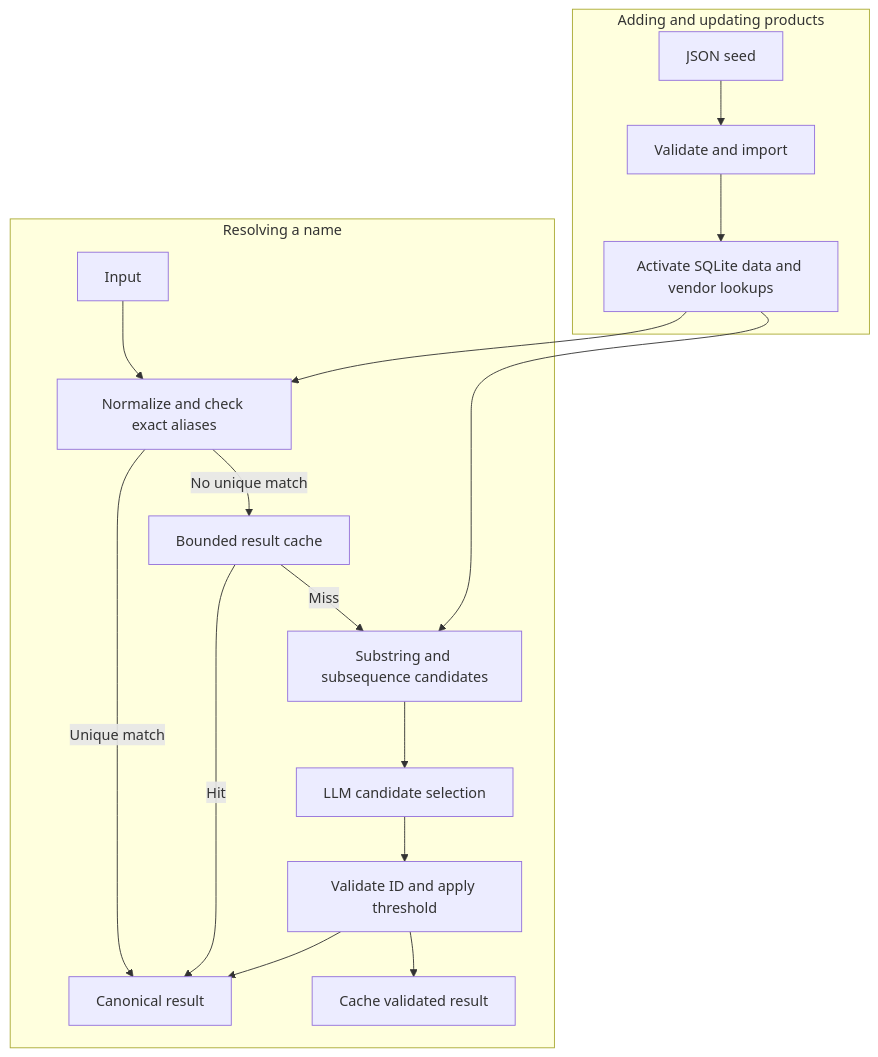
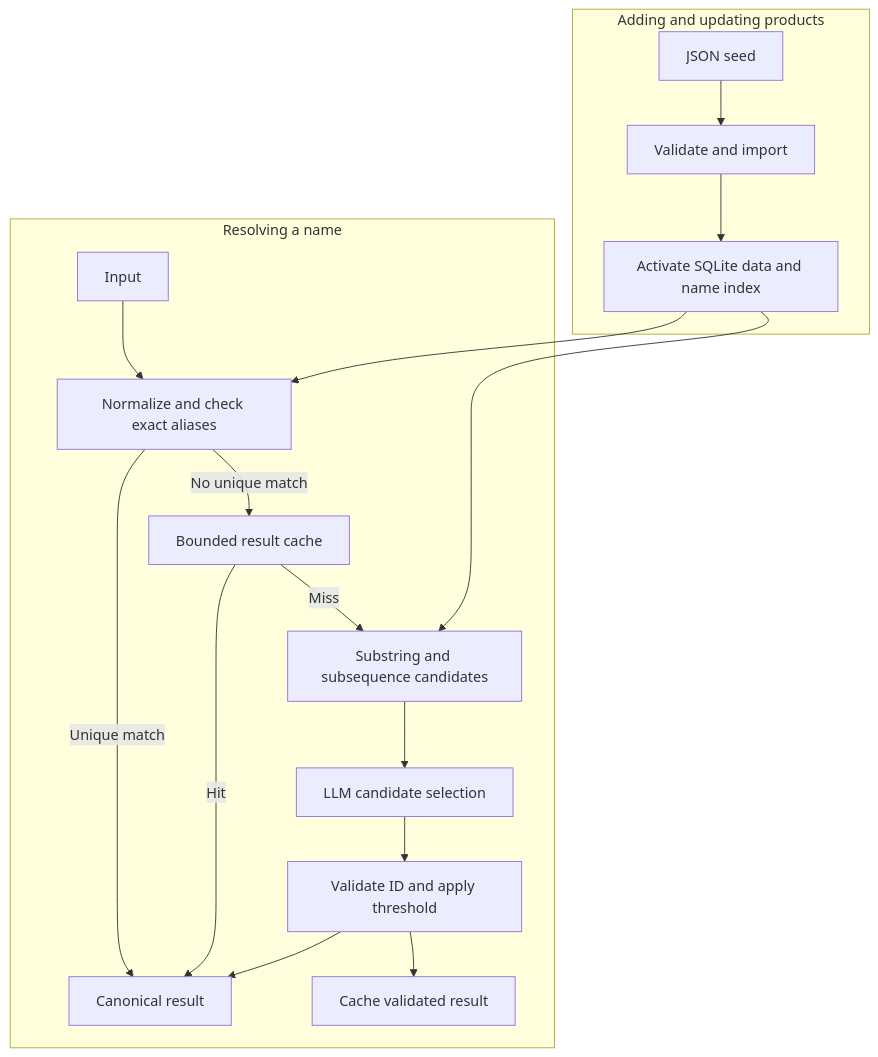
The first of 2 diagrams in design.md (10H16C/MarsEx), drawn with Mermaid before and after one commit. The commit also changed other lines of this file and 41 other files, not shown here.

````diff
--- a/design.md
+++ b/design.md
@@ -116,20 +116,20 @@
 ```mermaid
 flowchart TD
     subgraph Update["Adding and updating products"]
         S["JSON seed"] --> V["Validate and import"]
-        V --> K["Activate SQLite data and vendor lookups"]
+        V --> K["Activate SQLite data and name index"]
     end
     subgraph Resolve["Resolving a name"]
         I["Input"] --> N["Normalize and check exact aliases"]
         N -->|"Unique match"| O["Canonical result"]
         N -->|"No unique match"| C["Bounded result cache"]
         C -->|"Hit"| O
         C -->|"Miss"| R["Substring and subsequence candidates"]
         R --> L["LLM candidate selection"]
         L --> D["Validate ID and apply threshold"]
         D --> O
         D --> W["Cache validated result"]
     end
     K --> N
     K --> R
 ```
````
